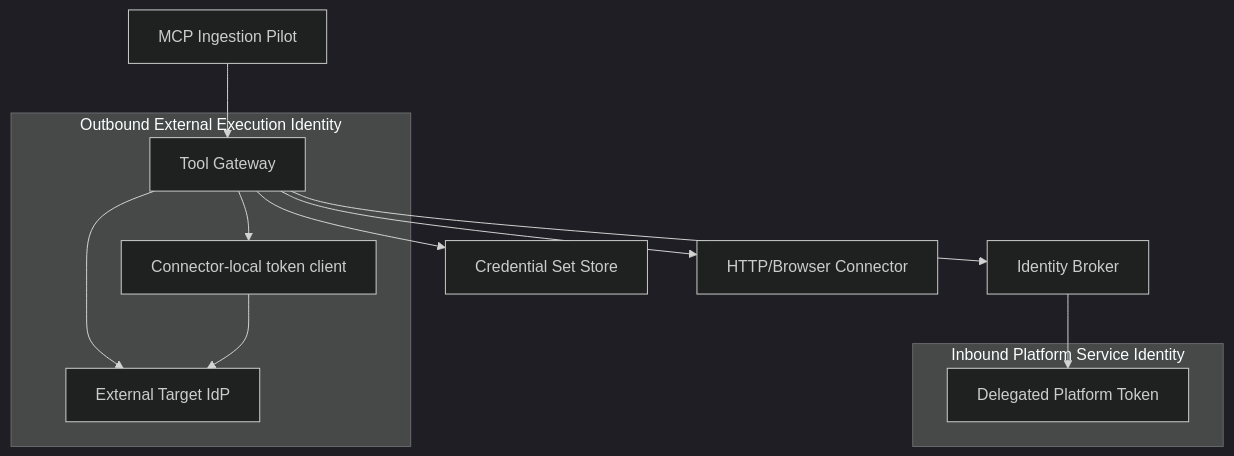
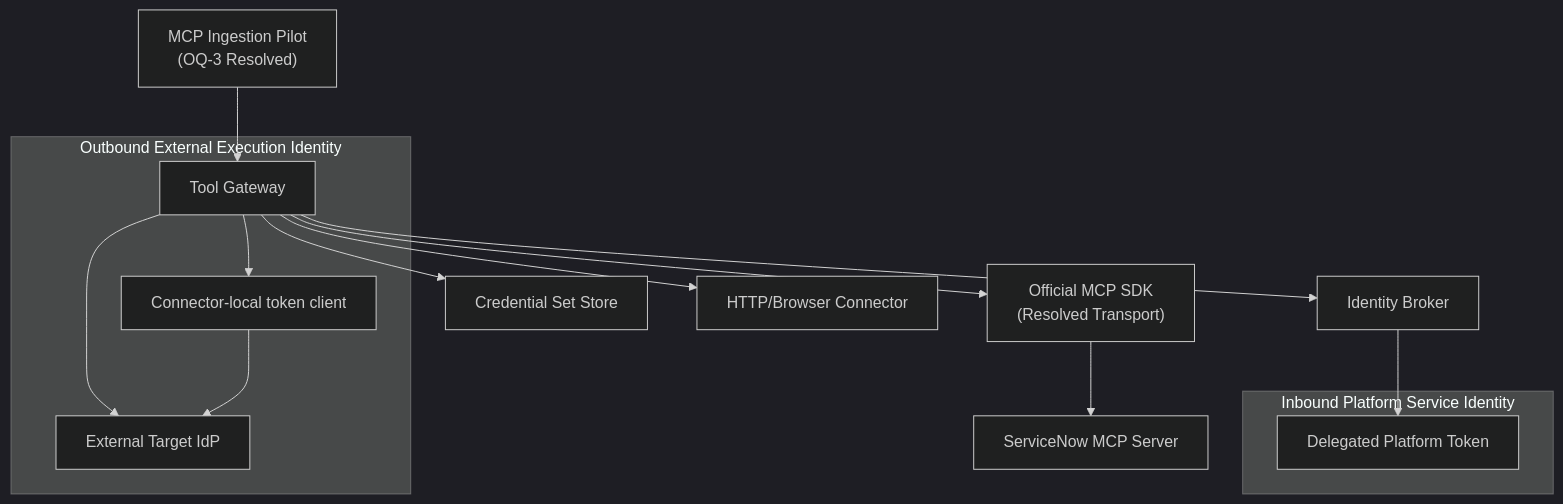
Before and after one commit to alainlei/luban-aiops: the ninth of 10 diagrams in .qoder/repowiki/en/content/Operator Portal/Workspace Management/Machine Consumer Credential Model Spike.md, drawn with Mermaid (dark theme). The commit also changed other lines of this file and 149 other files, not shown here.

````diff
--- a/.qoder/repowiki/en/content/Operator Portal/Workspace Management/Machine Consumer Credential Model Spike.md
+++ b/.qoder/repowiki/en/content/Operator Portal/Workspace Management/Machine Consumer Credential Model Spike.md
@@ -267,17 +280,19 @@
 ```mermaid
 graph TB
-MCP["MCP Ingestion Pilot"] --> TG["Tool Gateway"]
+MCP["MCP Ingestion Pilot<br/>(OQ-3 Resolved)"] --> TG["Tool Gateway"]
 TG --> CS["Credential Set Store"]
 TG --> HC["HTTP/Browser Connector"]
+TG --> MCPSDK["Official MCP SDK<br/>(Resolved Transport)"]
+MCPSDK --> SNOW["ServiceNow MCP Server"]
 TG --> ExtIdp["External Target IdP"]
 TG --> IB["Identity Broker"]
 IB --> Delegate["Delegated Platform Token"]
 subgraph "Outbound External Execution Identity"
 MCS["Connector-local token client"]
 TG --> MCS
 MCS --> ExtIdp
 end
 subgraph "Inbound Platform Service Identity"
 Delegate
 end
 ```
````
